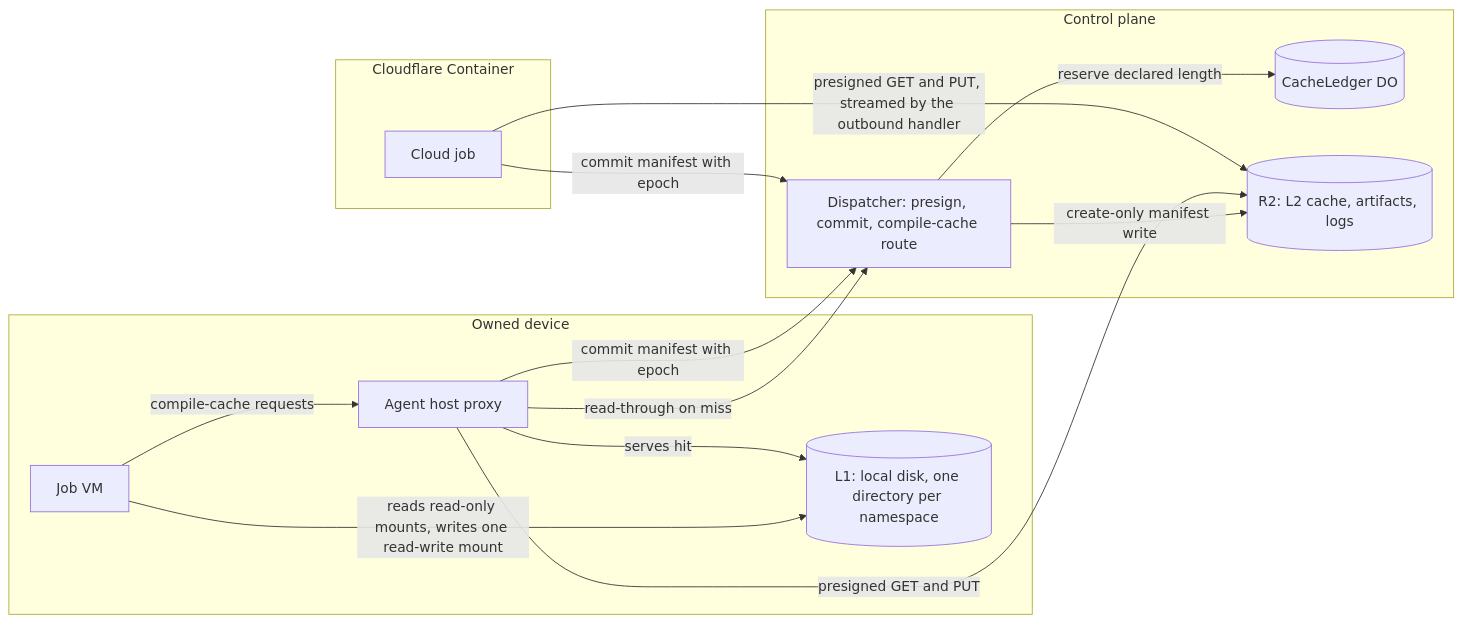
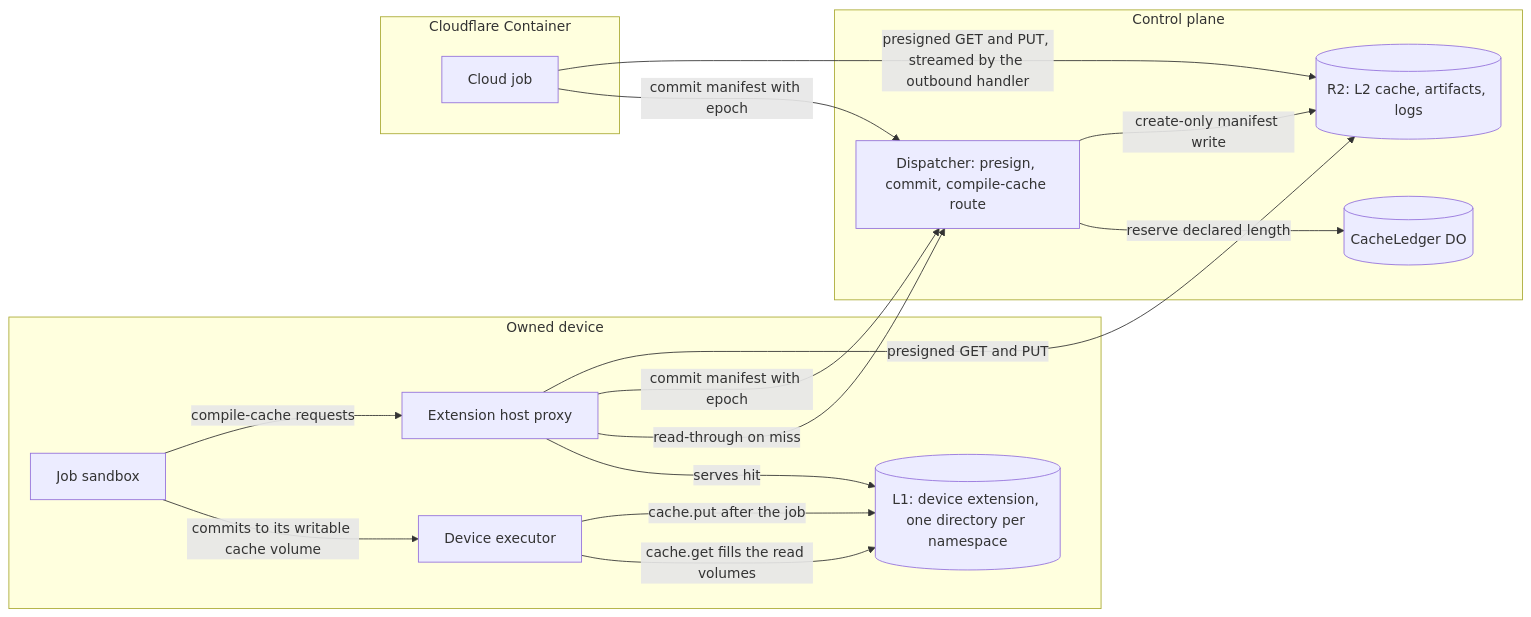
The first of 4 diagrams in specs/cache-artifacts.md (fractalboxdev/flare-dispatch), drawn with Mermaid before and after one commit. The commit also changed other lines of this file and 45 other files, not shown here.

````diff
--- a/specs/cache-artifacts.md
+++ b/specs/cache-artifacts.md
@@ -35,35 +36,38 @@
 ```mermaid
 flowchart LR
   accTitle: Two-level cache data path
   subgraph dev["Owned device"]
-    vm[Job VM]
-    proxy[Agent host proxy]
-    l1[("L1: local disk, one directory per namespace")]
+    vm[Job sandbox]
+    dex[Device executor]
+    proxy[Extension host proxy]
+    l1[("L1: device extension, one directory per namespace")]
   end
   subgraph cp["Control plane"]
     disp["Dispatcher: presign, commit, compile-cache route"]
     ledger[(CacheLedger DO)]
     r2[("R2: L2 cache, artifacts, logs")]
   end
   subgraph floor["Cloudflare Container"]
     job[Cloud job]
   end
-  vm -->|reads read-only mounts, writes one read-write mount| l1
+  dex -->|cache.get fills the read volumes| l1
+  vm -->|commits to its writable cache volume| dex
+  dex -->|cache.put after the job| l1
   vm -->|compile-cache requests| proxy
   proxy -->|serves hit| l1
   proxy e1@-->|read-through on miss| disp
   proxy -->|commit manifest with epoch| disp
   job -->|commit manifest with epoch| disp
   disp -->|reserve declared length| ledger
   disp -->|create-only manifest write| r2
   proxy -->|presigned GET and PUT| r2
   job -->|presigned GET and PUT, streamed by the outbound handler| r2
   class disp accent
   class l1 store
   class ledger store
   class r2 store
   class dev group
   class cp group
   class floor group
   class e1 async
 ```
````
